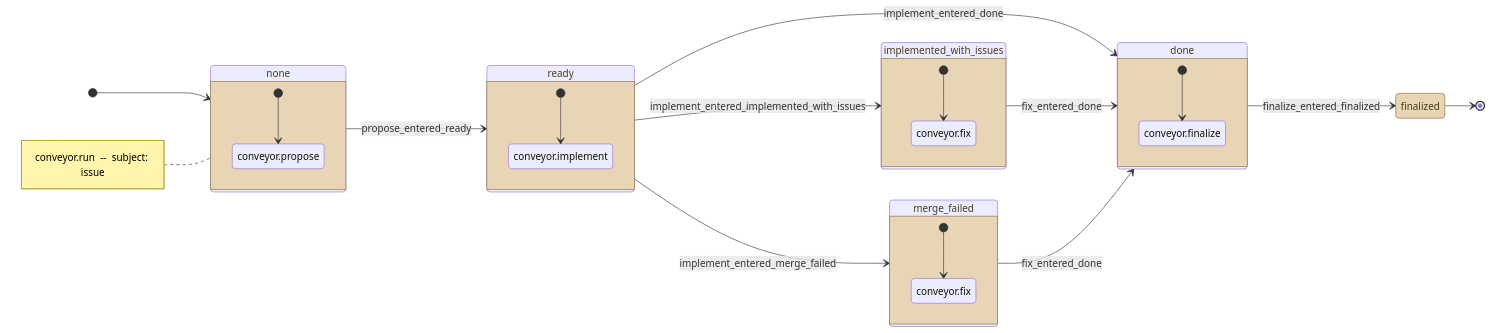
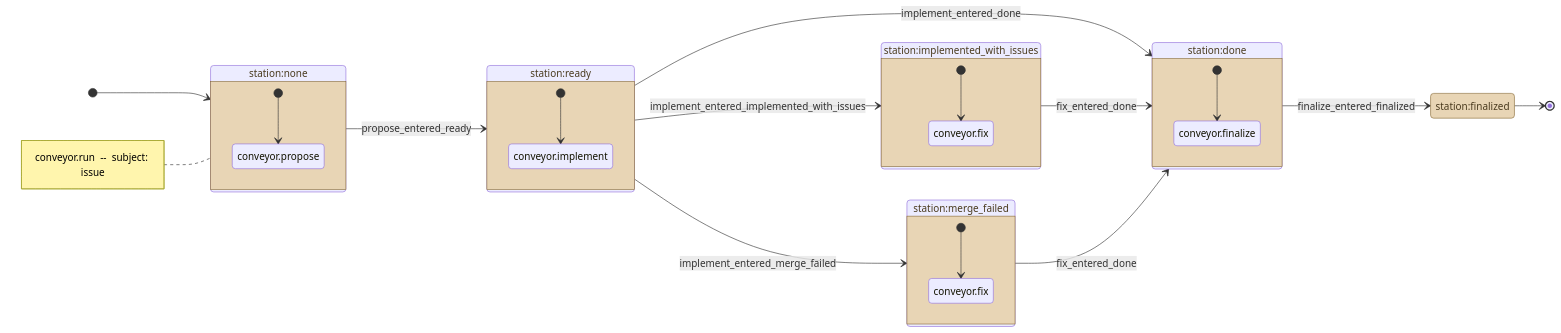
One commit to kostiantyn-matsebora/agent-ops-operator changed the diagram in .github/conveyor-model/mermaid/conveyor_run.mmd. Above: the diagram before and after it, drawn with Mermaid. The commit also changed 7 other files, not shown here.

```diff
--- a/.github/conveyor-model/mermaid/conveyor_run.mmd
+++ b/.github/conveyor-model/mermaid/conveyor_run.mmd
@@ -1,43 +1,43 @@
 stateDiagram-v2
     direction LR
-    [*] --> none
-    note left of none
+    [*] --> station_none
+    note left of station_none
         conveyor.run  --  subject: issue
     end note
     classDef stationState fill:#e8d5b5,stroke:#8a6d3b,color:#4a3b1f
     classDef loopState fill:#c9e4de,stroke:#2f6b5e,color:#1a3b33
-    state none
-    state ready
-    state implemented_with_issues
-    state merge_failed
-    state done
-    state finalized
-    none --> ready : propose_entered_ready
-    ready --> done : implement_entered_done
-    ready --> implemented_with_issues : implement_entered_implemented_with_issues
-    ready --> merge_failed : implement_entered_merge_failed
-    implemented_with_issues --> done : fix_entered_done
-    merge_failed --> done : fix_entered_done
-    done --> finalized : finalize_entered_finalized
-    finalized --> [*]
-    class none, ready, implemented_with_issues, merge_failed, done, finalized stationState
-    state none {
-        [*] --> none__conveyor_propose
-        state "conveyor.propose" as none__conveyor_propose
+    state "station:none" as station_none
+    state "station:ready" as station_ready
+    state "station:implemented_with_issues" as station_implemented_with_issues
+    state "station:merge_failed" as station_merge_failed
+    state "station:done" as station_done
+    state "station:finalized" as station_finalized
+    station_none --> station_ready : propose_entered_ready
+    station_ready --> station_done : implement_entered_done
+    station_ready --> station_implemented_with_issues : implement_entered_implemented_with_issues
+    station_ready --> station_merge_failed : implement_entered_merge_failed
+    station_implemented_with_issues --> station_done : fix_entered_done
+    station_merge_failed --> station_done : fix_entered_done
+    station_done --> station_finalized : finalize_entered_finalized
+    station_finalized --> [*]
+    class station_none, station_ready, station_implemented_with_issues, station_merge_failed, station_done, station_finalized stationState
+    state station_none {
+        [*] --> station_none__conveyor_propose
+        state "conveyor.propose" as station_none__conveyor_propose
     }
-    state ready {
-        [*] --> ready__conveyor_implement
-        state "conveyor.implement" as ready__conveyor_implement
+    state station_ready {
+        [*] --> station_ready__conveyor_implement
+        state "conveyor.implement" as station_ready__conveyor_implement
     }
-    state implemented_with_issues {
-        [*] --> implemented_with_issues__conveyor_fix
-        state "conveyor.fix" as implemented_with_issues__conveyor_fix
+    state station_implemented_with_issues {
+        [*] --> station_implemented_with_issues__conveyor_fix
+        state "conveyor.fix" as station_implemented_with_issues__conveyor_fix
     }
-    state merge_failed {
-        [*] --> merge_failed__conveyor_fix
-        state "conveyor.fix" as merge_failed__conveyor_fix
+    state station_merge_failed {
+        [*] --> station_merge_failed__conveyor_fix
+        state "conveyor.fix" as station_merge_failed__conveyor_fix
     }
-    state done {
-        [*] --> done__conveyor_finalize
-        state "conveyor.finalize" as done__conveyor_finalize
+    state station_done {
+        [*] --> station_done__conveyor_finalize
+        state "conveyor.finalize" as station_done__conveyor_finalize
     }
```
